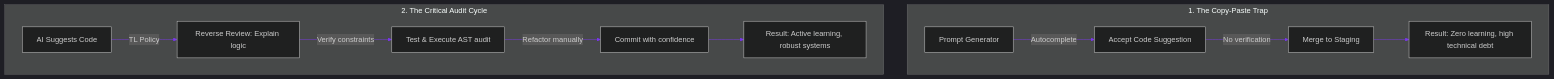
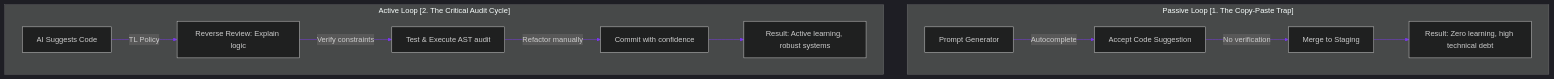
The diagram in blog/posts/team-lead-fighting-cognitive-rot-mentorship.md (akmalkhaniub/akmalkhaniub.github.io), drawn with Mermaid before and after one commit. The commit also changed 600 other files, not shown here.

Commit message:
fix(blog): resolve Mermaid v10 syntax errors across Figure 1 and publication subgraphs

````diff
--- a/blog/posts/team-lead-fighting-cognitive-rot-mentorship.md
+++ b/blog/posts/team-lead-fighting-cognitive-rot-mentorship.md
@@ -18,16 +18,16 @@
 ```mermaid
 %%{init: {'theme': 'dark', 'themeVariables': { 'primaryColor': '#7c3aed', 'primaryTextColor': '#f3f4f6', 'primaryBorderColor': '#a78bfa', 'lineColor': '#7c3aed', 'secondaryColor': '#111827', 'tertiaryColor': '#0b0f19'}}}%%
 flowchart TD
-    subgraph Passive Loop [1. The Copy-Paste Trap]
+    subgraph SG1_PassiveLoop1 ["Passive Loop [1. The Copy-Paste Trap]"]
         C1[Prompt Generator] -->|Autocomplete| C2[Accept Code Suggestion]
         C2 -->|No verification| C3[Merge to Staging]
         C3 --> note1[Result: Zero learning, high technical debt]
     end
 
-    subgraph Active Loop [2. The Critical Audit Cycle]
+    subgraph SG2_ActiveLoop2 ["Active Loop [2. The Critical Audit Cycle]"]
         A1[AI Suggests Code] -->|TL Policy| A2[Reverse Review: Explain logic]
         A2 -->|Verify constraints| A3[Test & Execute AST audit]
         A3 -->|Refactor manually| A4[Commit with confidence]
         A4 --> note2[Result: Active learning, robust systems]
     end
 ```
````
